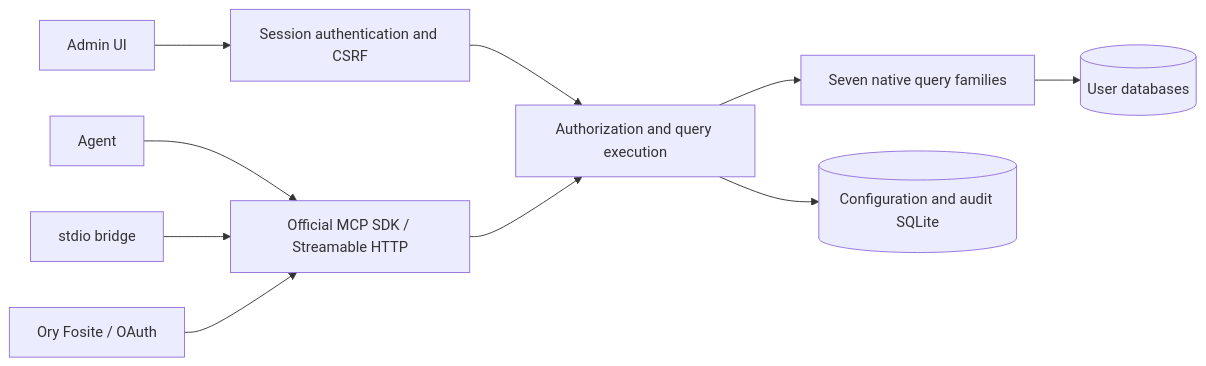
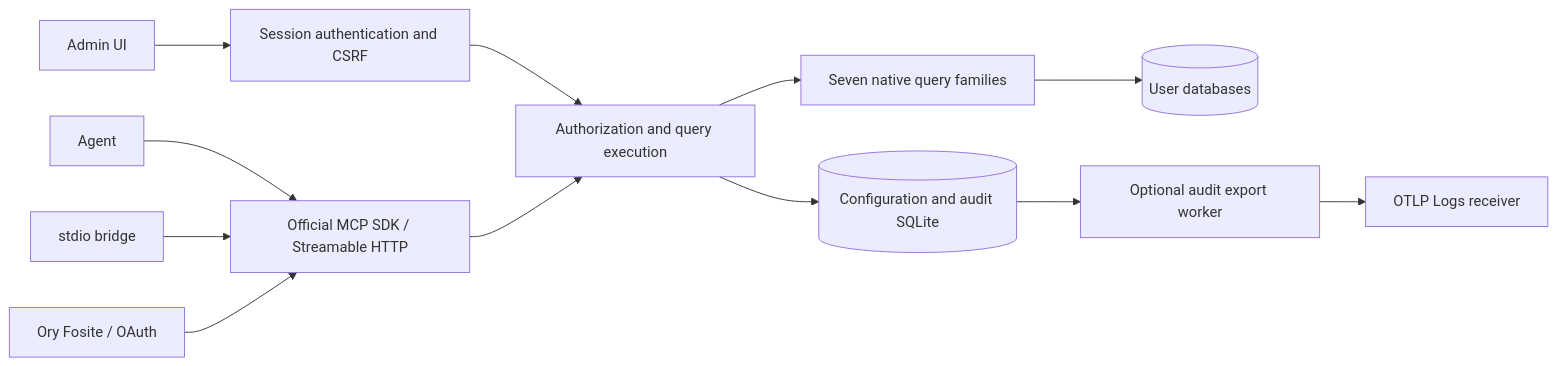
One commit to SamuelSupe/contextGate changed the diagram in docs/architecture.md. Above: the diagram before and after it, drawn with Mermaid. The commit also changed other lines of this file and 35 other files, not shown here.

Commit message:
feat: export audit logs over OTLP and release v0.1.1

````diff
--- a/docs/architecture.md
+++ b/docs/architecture.md
@@ -7,12 +7,14 @@
 ```mermaid
 flowchart LR
   UI[Admin UI] --> API[Session authentication and CSRF]
   Agent[Agent] --> MCP[Official MCP SDK / Streamable HTTP]
   CLI[stdio bridge] --> MCP
   OAuth[Ory Fosite / OAuth] --> MCP
   API --> Execute[Authorization and query execution]
   MCP --> Execute
   Execute --> Adapters[Seven native query families]
   Adapters --> DB[(User databases)]
   Execute --> Store[(Configuration and audit SQLite)]
+  Store --> Export[Optional audit export worker]
+  Export --> OTLP[OTLP Logs receiver]
 ```
````
